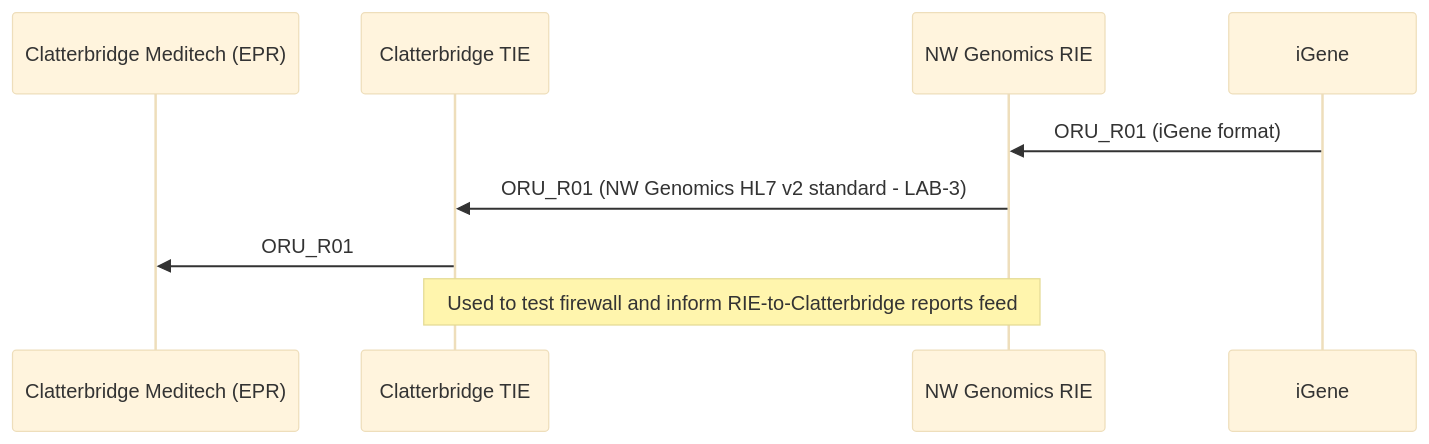
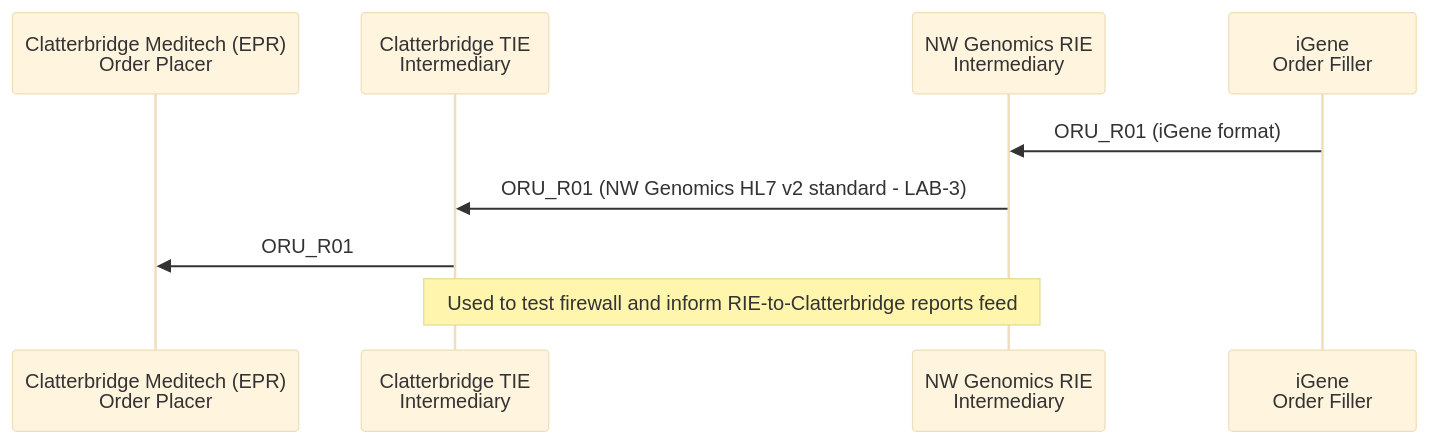
The fifth of 5 diagrams in input/pagecontent/HistocompatibilityAndImmunogenetics.md (nw-gmsa/nw-gmsa.github.com), drawn with Mermaid (base theme) before and after one commit. The commit also changed other lines of this file and 10 other files, not shown here.

````diff
--- a/input/pagecontent/HistocompatibilityAndImmunogenetics.md
+++ b/input/pagecontent/HistocompatibilityAndImmunogenetics.md
@@ -157,13 +157,13 @@
 ```mermaid
 sequenceDiagram
-    participant CM as Clatterbridge Meditech (EPR)
-    participant CTIE as Clatterbridge TIE
-    participant RIE as NW Genomics RIE
-    participant iGene as iGene
+    participant CM as Clatterbridge Meditech (EPR)<br/>Order Placer
+    participant CTIE as Clatterbridge TIE<br/>Intermediary
+    participant RIE as NW Genomics RIE<br/>Intermediary
+    participant iGene as iGene<br/>Order Filler
 
     iGene->>RIE: ORU_R01 (iGene format)
     RIE->>CTIE: ORU_R01 (NW Genomics HL7 v2 standard - LAB-3)
     CTIE->>CM: ORU_R01 
 
     Note over CTIE,RIE: Used to test firewall and inform RIE-to-Clatterbridge reports feed
 ```
````
